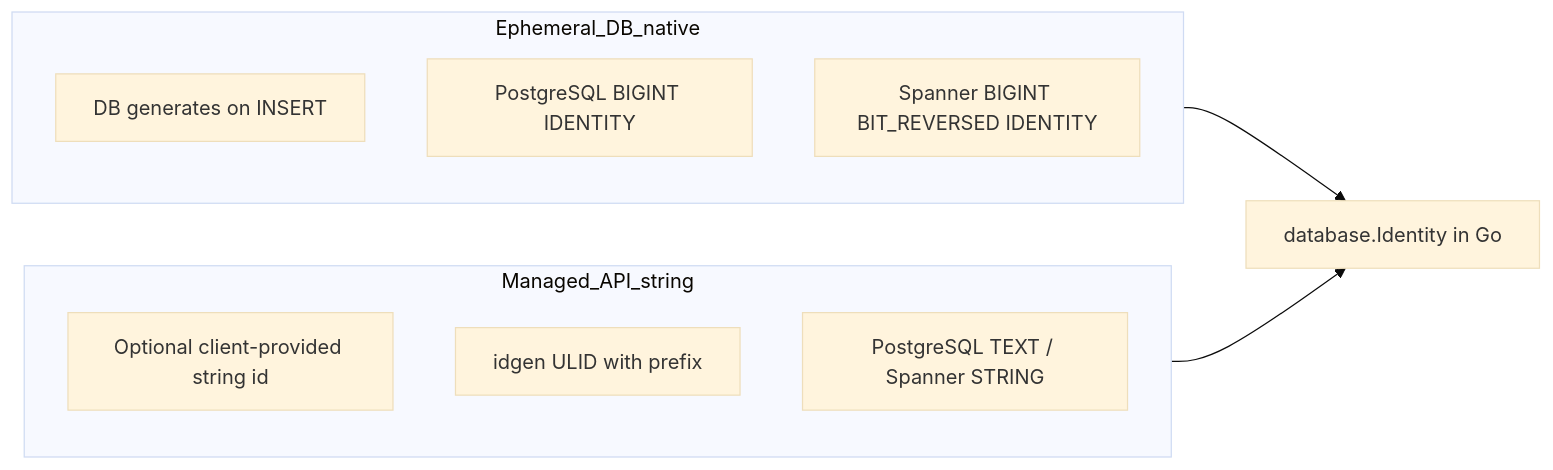
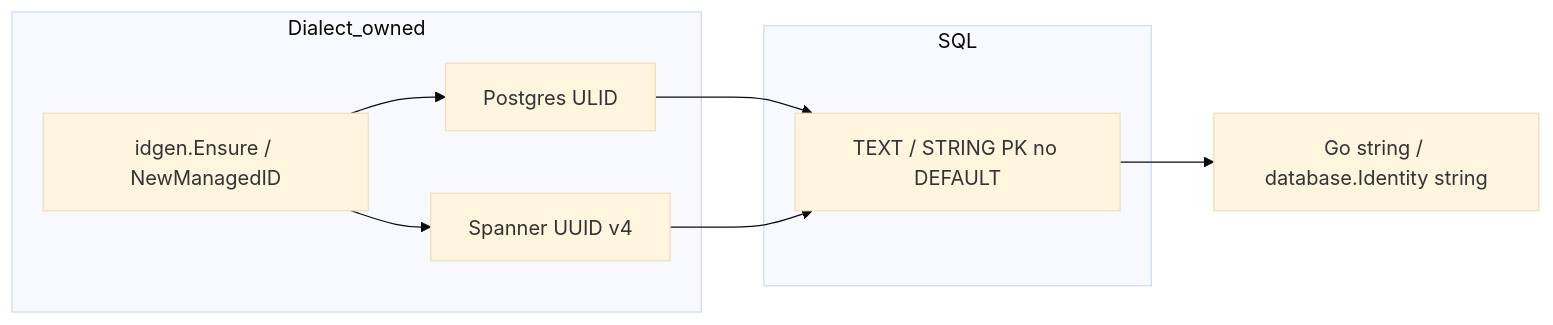
One commit to zitadel/nextgen changed the diagram in docs/adrs/011-resource-identifiers.md. Above: the diagram before and after it, drawn with Mermaid (base theme). The commit also changed other lines of this file and 181 other files, not shown here.

````diff
--- a/docs/adrs/011-resource-identifiers.md
+++ b/docs/adrs/011-resource-identifiers.md
@@ -26,15 +24,16 @@
 ```mermaid
 flowchart LR
-  subgraph ephemeral [Ephemeral_DB_native]
-    DBGen[DB generates on INSERT]
-    BigInt[PostgreSQL BIGINT IDENTITY]
-    SpannerId[Spanner BIGINT BIT_REVERSED IDENTITY]
+  subgraph dialect [Dialect_owned]
+    Ensure[idgen.Ensure / NewManagedID]
+    PG[Postgres ULID]
+    SP[Spanner UUID v4]
   end
-  subgraph managed [Managed_API_string]
-    APIOpt[Optional client-provided string id]
-    Fallback[idgen ULID with prefix]
-    StrCol[PostgreSQL TEXT / Spanner STRING]
+  subgraph sql [SQL]
+    Col["TEXT / STRING PK no DEFAULT"]
   end
-  ephemeral --> IdentityGo["database.Identity in Go"]
-  managed --> IdentityGo
+  Ensure --> PG
+  Ensure --> SP
+  PG --> Col
+  SP --> Col
+  Col --> Go["Go string / database.Identity string"]
 ```
````
